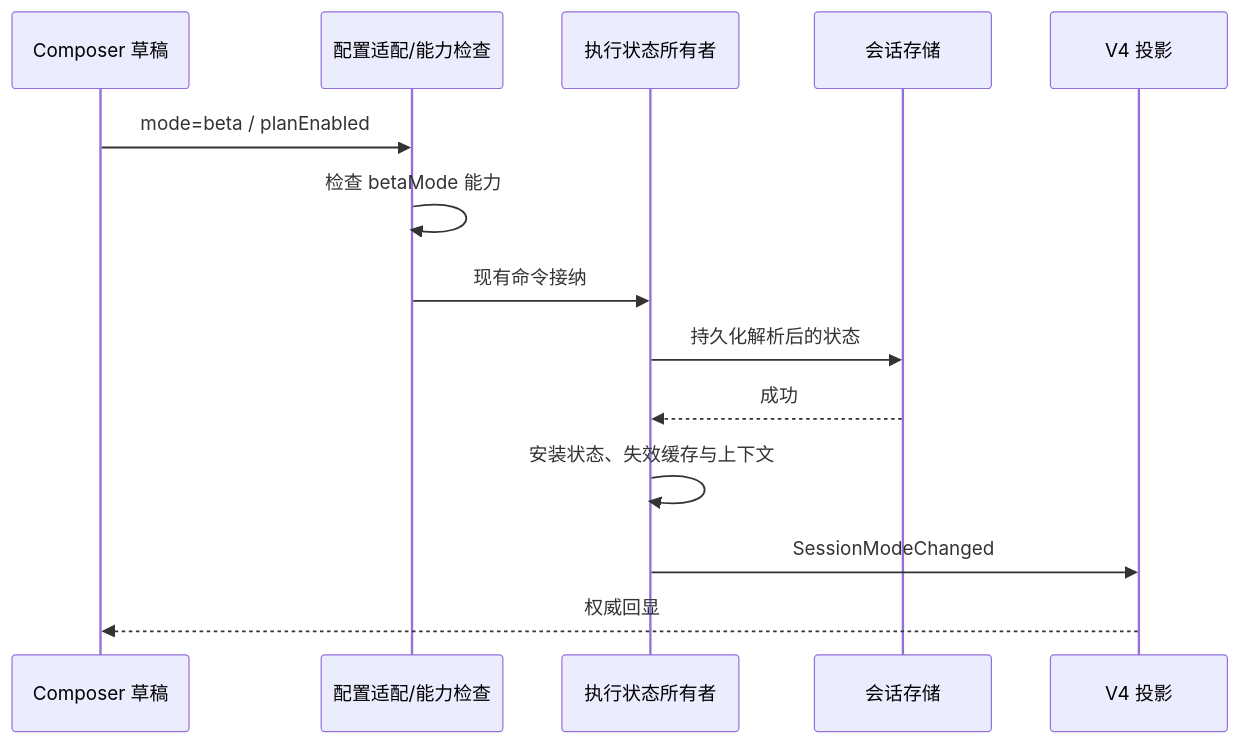
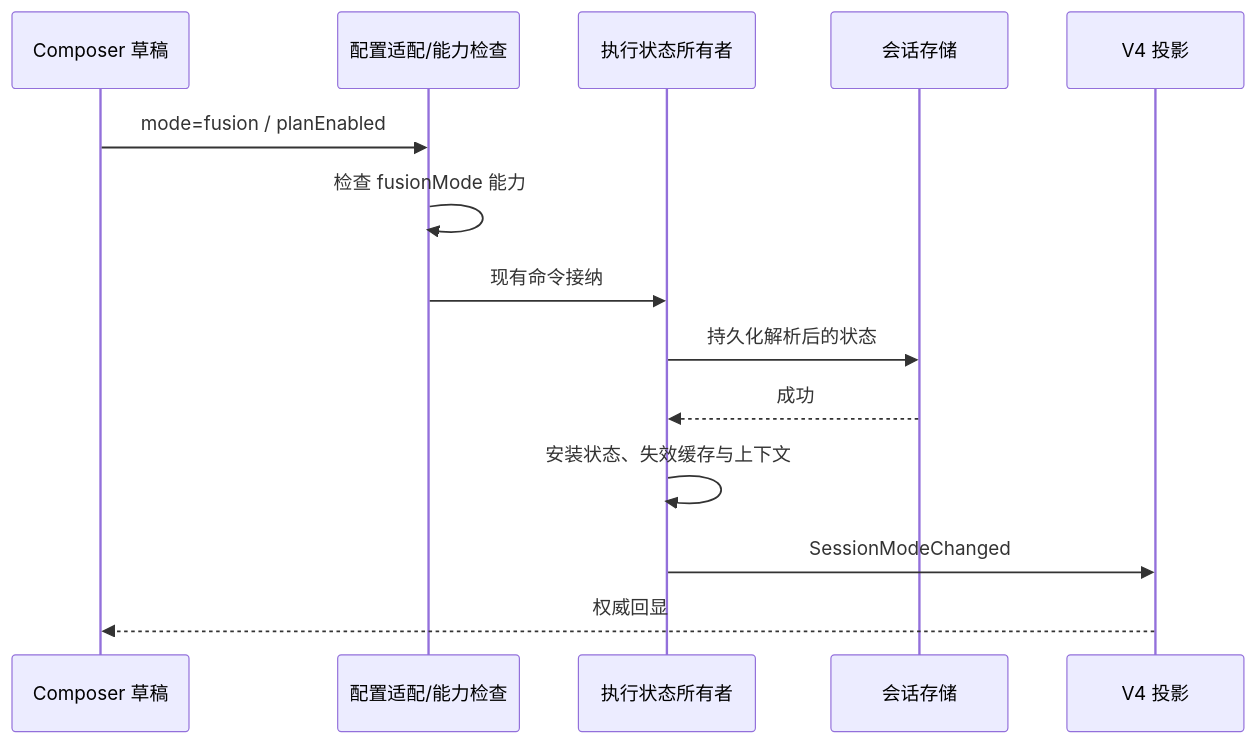
The diagram in apps/zcode-cli/docs/design/v2/loop/fusion-context-profile.md (qianmeng406/ZCode), drawn with Mermaid before and after one commit. The commit also changed other lines of this file and 56 other files, not shown here.

First line of the commit message:
feat!: Beta 工作模式正式定名「融合模式」（mode=beta → mode=fusion）

````diff
--- a/apps/zcode-cli/docs/design/v2/loop/fusion-context-profile.md
+++ b/apps/zcode-cli/docs/design/v2/loop/fusion-context-profile.md
@@ -17,16 +17,16 @@
 ```mermaid
 sequenceDiagram
     participant UI as Composer 草稿
     participant Service as 配置适配/能力检查
     participant Runtime as 执行状态所有者
     participant Store as 会话存储
     participant Projection as V4 投影
-    UI->>Service: mode=beta / planEnabled
-    Service->>Service: 检查 betaMode 能力
+    UI->>Service: mode=fusion / planEnabled
+    Service->>Service: 检查 fusionMode 能力
     Service->>Runtime: 现有命令接纳
     Runtime->>Store: 持久化解析后的状态
     Store-->>Runtime: 成功
     Runtime->>Runtime: 安装状态、失效缓存与上下文
     Runtime->>Projection: SessionModeChanged
     Projection-->>UI: 权威回显
 ```
````
